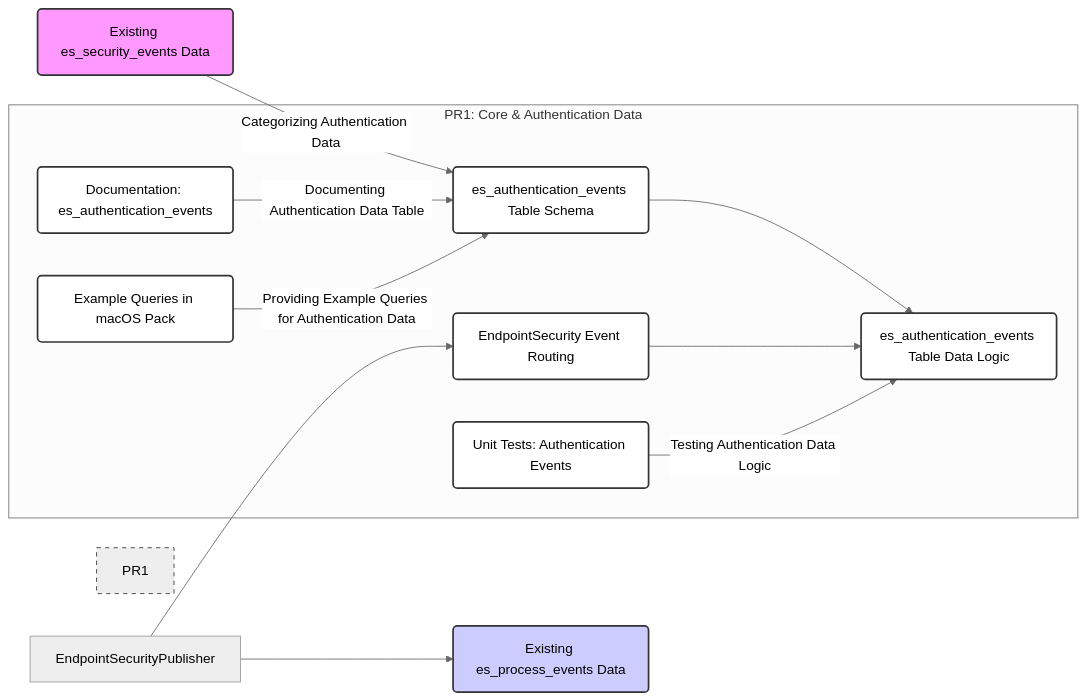
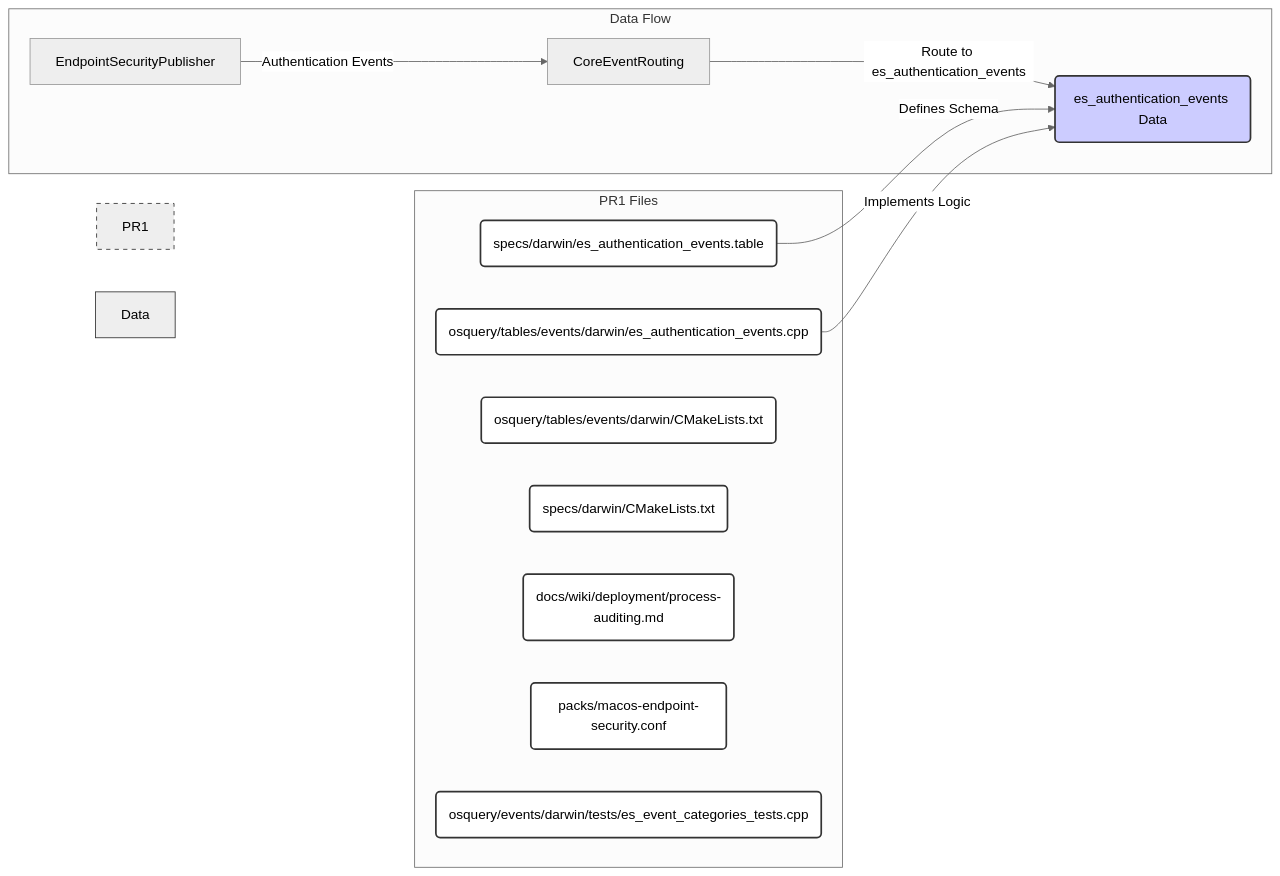
The second of 6 diagrams in osquery/events/darwin/ES_DIFF_PLAN.md (tmc/osquery), drawn with Mermaid (neutral theme) before and after one commit. The commit also changed other lines of this file, not shown here.

Commit message:
Refine EndpointSecurity modularization plan with commit-level details

````diff
--- a/osquery/events/darwin/ES_DIFF_PLAN.md
+++ b/osquery/events/darwin/ES_DIFF_PLAN.md
@@ -21,34 +73,34 @@
 ```mermaid
 graph LR
-    subgraph PR1: Core & Authentication Data
-        ESAuthDataTableSpec(es_authentication_events Table Schema)
-        ESAuthDataImpl(es_authentication_events Table Data Logic)
-        CoreEventRouting(EndpointSecurity Event Routing)
-        Doc_AuthTable(Documentation: es_authentication_events)
-        Pack_AuthQueries(Example Queries in macOS Pack)
-        UnitTests_Auth(Unit Tests: Authentication Events)
+    subgraph PR1 Files
+        style PR1 Files fill:#f9f9f9,stroke:#333,stroke-width:1px,padding:10px
+        ESAuthEventsTableSpec(specs/darwin/es_authentication_events.table)
+        ESAuthEventsImpl(osquery/tables/events/darwin/es_authentication_events.cpp)
+        CMList_TablesEventsDarwin(osquery/tables/events/darwin/CMakeLists.txt)
+        CMList_SpecsDarwin(specs/darwin/CMakeLists.txt)
+        Docs_ProcessAuditing(docs/wiki/deployment/process-auditing.md)
+        Packs_MacOS_ES(packs/macos-endpoint-security.conf)
+        ESTest_Categories(osquery/events/darwin/tests/es_event_categories_tests.cpp)
     end
 
-    Existing_es_security_events(Existing es_security_events Data) -- "Categorizing Authentication Data" --> ESAuthDataTableSpec
-    ESAuthDataTableSpec --> ESAuthDataImpl
-    CoreEventRouting --> ESAuthDataImpl
+    subgraph Data Flow
+        style Data Flow fill:#f0f0ff,stroke:#333,stroke-width:1px,padding:10px
+        ESAuthEventsData(es_authentication_events Data)
+        EndpointSecurityPublisher -- "Authentication Events" --> CoreEventRouting
+        CoreEventRouting -- "Route to es_authentication_events" --> ESAuthEventsData
+    end
 
-    EndpointSecurityPublisher --> CoreEventRouting
-    EndpointSecurityPublisher --> Existing_es_process_events(Existing es_process_events Data)
-
-    Doc_AuthTable -- "Documenting Authentication Data Table" --> ESAuthDataTableSpec
-    Pack_AuthQueries -- "Providing Example Queries for Authentication Data" --> ESAuthDataTableSpec
-    UnitTests_Auth -- "Testing Authentication Data Logic" --> ESAuthDataImpl
+    ESAuthEventsTableSpec -- Defines Schema --> ESAuthEventsData
+    ESAuthEventsImpl -- Implements Logic --> ESAuthEventsData
 
     style PR1 fill:#eee,stroke:#333,stroke-width:1px,stroke-dasharray: 5 5
-    style Existing_es_security_events fill:#f9f,stroke:#333,stroke-width:2px
-    style Existing_es_process_events fill:#ccf,stroke:#333,stroke-width:2px
+    style ESAuthEventsData fill:#ccf,stroke:#333,stroke-width:2px
 
-    classDef dataType fill:#fff,stroke:#333,stroke-width:2px,shape:note
-    classDef tableSpecType fill:#fff,stroke:#333,stroke-width:2px,shape:cylinder
-    classDef tableImplType fill:#fff,stroke:#333,stroke-width:2px,shape:cylinder
+    classDef fileType fill:#fff,stroke:#333,stroke-width:2px,shape:note
+    classDef dataType fill:#fff,stroke:#333,stroke-width:2px,shape:cylinder
 
-    class ESAuthDataTableSpec tableSpecType
-    class ESAuthDataImpl tableImplType
-    class CoreEventRouting,Doc_AuthTable,Pack_AuthQueries,UnitTests_Auth dataType
+    class ESAuthEventsTableSpec fileType
+    class ESAuthEventsImpl fileType
+    class CMList_TablesEventsDarwin,CMList_SpecsDarwin,Docs_ProcessAuditing,Packs_MacOS_ES,ESTest_Categories fileType
+    class ESAuthEventsData dataType
 ```
````
